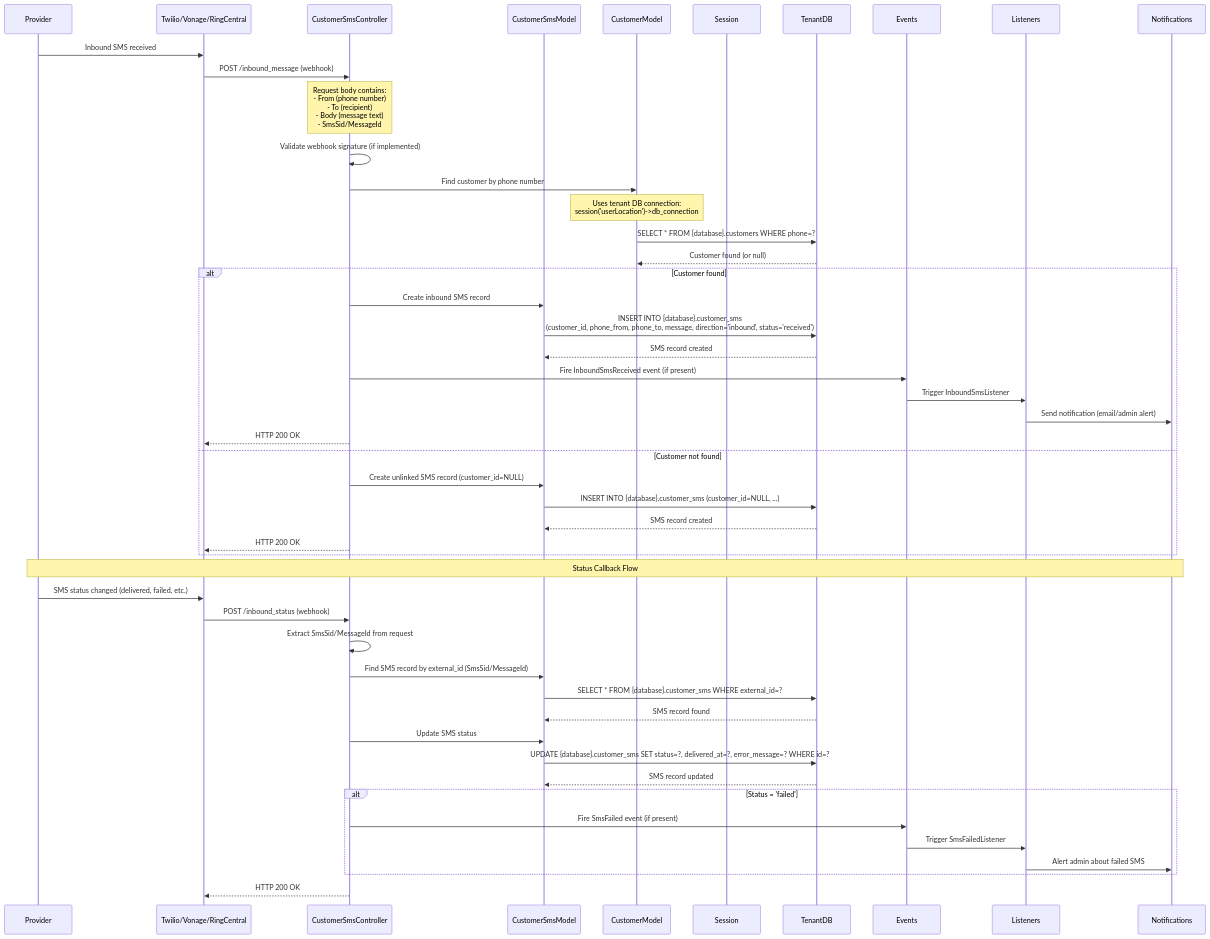
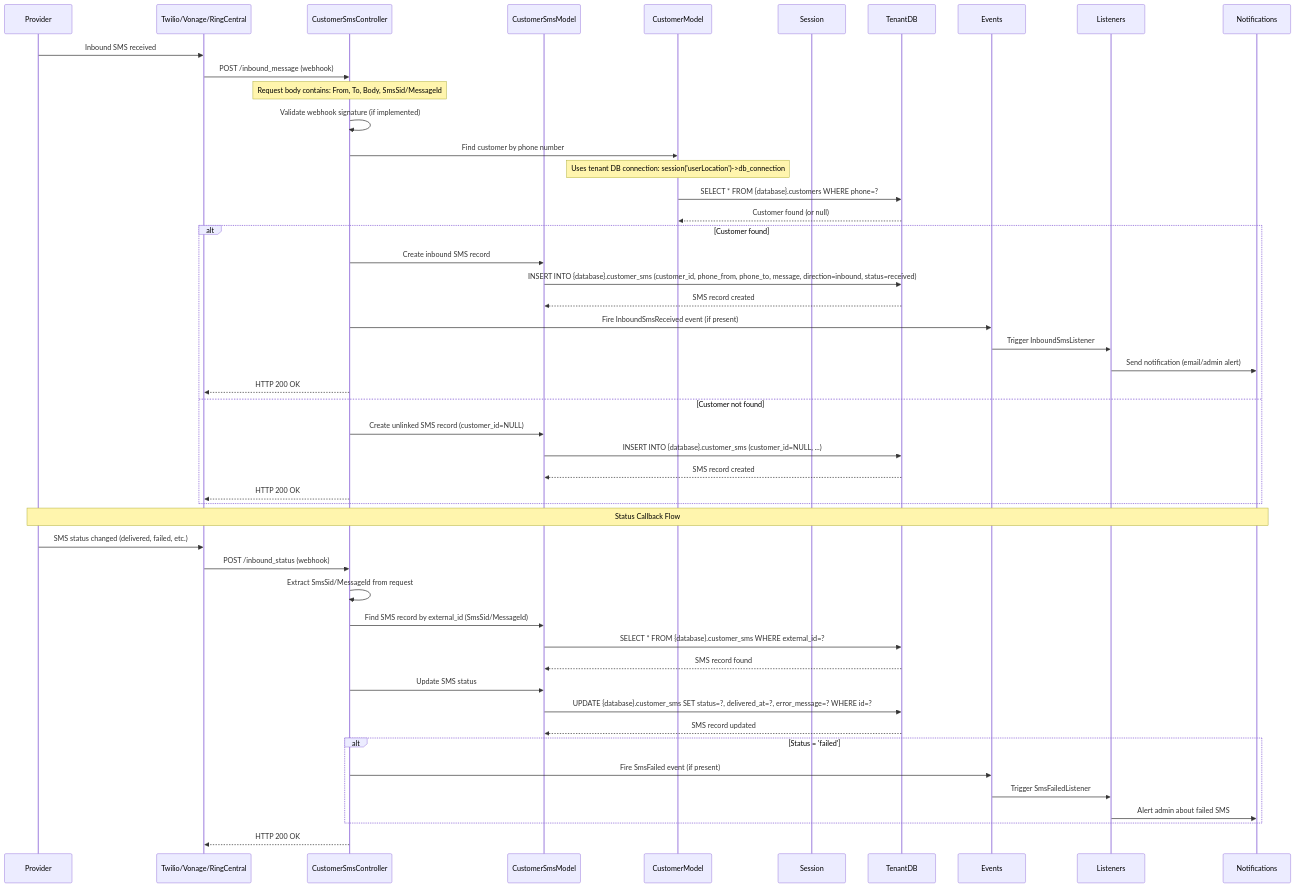
One commit to Aaron071982/boca340b-visuals-demo changed the diagram in visual-demo/frontend/public/diagrams/flows_inbound-sms-flow.md_01.mmd. Above: the diagram before and after it, drawn with Mermaid. The commit also changed 30 other files, not shown here.

First line of the commit message:
Add Manage Admins, fix logout confirmation, diagrams, and UI polish

```diff
--- a/visual-demo/frontend/public/diagrams/flows_inbound-sms-flow.md_01.mmd
+++ b/visual-demo/frontend/public/diagrams/flows_inbound-sms-flow.md_01.mmd
@@ -1,64 +1,64 @@
 sequenceDiagram
     participant Provider
-    participant Twilio/Vonage/RingCentral
+    participant SMSProvider as Twilio/Vonage/RingCentral
     participant CustomerSmsController
     participant CustomerSmsModel
     participant CustomerModel
     participant Session
     participant TenantDB
     participant Events
     participant Listeners
     participant Notifications
     
-    Provider->>Twilio/Vonage/RingCentral: Inbound SMS received
-    Twilio/Vonage/RingCentral->>CustomerSmsController: POST /inbound_message (webhook)
+    Provider->>SMSProvider: Inbound SMS received
+    SMSProvider->>CustomerSmsController: POST /inbound_message (webhook)
     
-    Note over CustomerSmsController: Request body contains:<br/>- From (phone number)<br/>- To (recipient)<br/>- Body (message text)<br/>- SmsSid/MessageId
+    Note over CustomerSmsController: Request body contains: From, To, Body, SmsSid/MessageId
     
     CustomerSmsController->>CustomerSmsController: Validate webhook signature (if implemented)
     
     CustomerSmsController->>CustomerModel: Find customer by phone number
-    Note over CustomerModel: Uses tenant DB connection:<br/>session('userLocation')->db_connection
+    Note over CustomerModel: Uses tenant DB connection: session('userLocation')->db_connection
     CustomerModel->>TenantDB: SELECT * FROM {database}.customers WHERE phone=?
     TenantDB-->>CustomerModel: Customer found (or null)
     
     alt Customer found
         CustomerSmsController->>CustomerSmsModel: Create inbound SMS record
-        CustomerSmsModel->>TenantDB: INSERT INTO {database}.customer_sms<br/>(customer_id, phone_from, phone_to, message, direction='inbound', status='received')
+        CustomerSmsModel->>TenantDB: INSERT INTO {database}.customer_sms (customer_id, phone_from, phone_to, message, direction=inbound, status=received)
         TenantDB-->>CustomerSmsModel: SMS record created
         
         CustomerSmsController->>Events: Fire InboundSmsReceived event (if present)
         Events->>Listeners: Trigger InboundSmsListener
         Listeners->>Notifications: Send notification (email/admin alert)
         
-        CustomerSmsController-->>Twilio/Vonage/RingCentral: HTTP 200 OK
+        CustomerSmsController-->>SMSProvider: HTTP 200 OK
     else Customer not found
         CustomerSmsController->>CustomerSmsModel: Create unlinked SMS record (customer_id=NULL)
         CustomerSmsModel->>TenantDB: INSERT INTO {database}.customer_sms (customer_id=NULL, ...)
         TenantDB-->>CustomerSmsModel: SMS record created
         
-        CustomerSmsController-->>Twilio/Vonage/RingCentral: HTTP 200 OK
+        CustomerSmsController-->>SMSProvider: HTTP 200 OK
     end
     
     Note over Provider,Notifications: Status Callback Flow
     
-    Provider->>Twilio/Vonage/RingCentral: SMS status changed (delivered, failed, etc.)
-    Twilio/Vonage/RingCentral->>CustomerSmsController: POST /inbound_status (webhook)
+    Provider->>SMSProvider: SMS status changed (delivered, failed, etc.)
+    SMSProvider->>CustomerSmsController: POST /inbound_status (webhook)
     
     CustomerSmsController->>CustomerSmsController: Extract SmsSid/MessageId from request
     
     CustomerSmsController->>CustomerSmsModel: Find SMS record by external_id (SmsSid/MessageId)
     CustomerSmsModel->>TenantDB: SELECT * FROM {database}.customer_sms WHERE external_id=?
     TenantDB-->>CustomerSmsModel: SMS record found
     
     CustomerSmsController->>CustomerSmsModel: Update SMS status
     CustomerSmsModel->>TenantDB: UPDATE {database}.customer_sms SET status=?, delivered_at=?, error_message=? WHERE id=?
     TenantDB-->>CustomerSmsModel: SMS record updated
     
     alt Status = 'failed'
         CustomerSmsController->>Events: Fire SmsFailed event (if present)
         Events->>Listeners: Trigger SmsFailedListener
         Listeners->>Notifications: Alert admin about failed SMS
     end
     
-    CustomerSmsController-->>Twilio/Vonage/RingCentral: HTTP 200 OK
+    CustomerSmsController-->>SMSProvider: HTTP 200 OK
```
